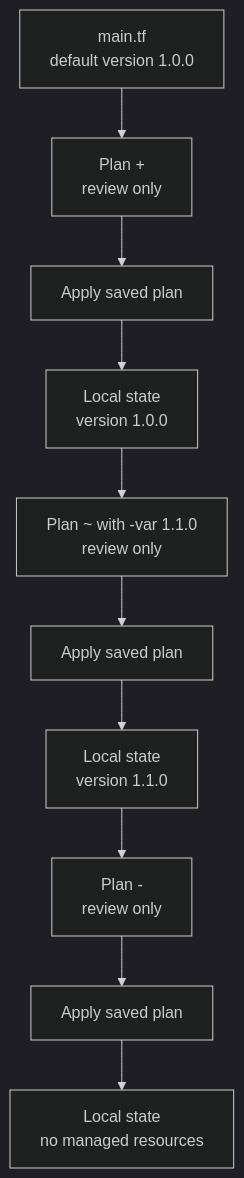
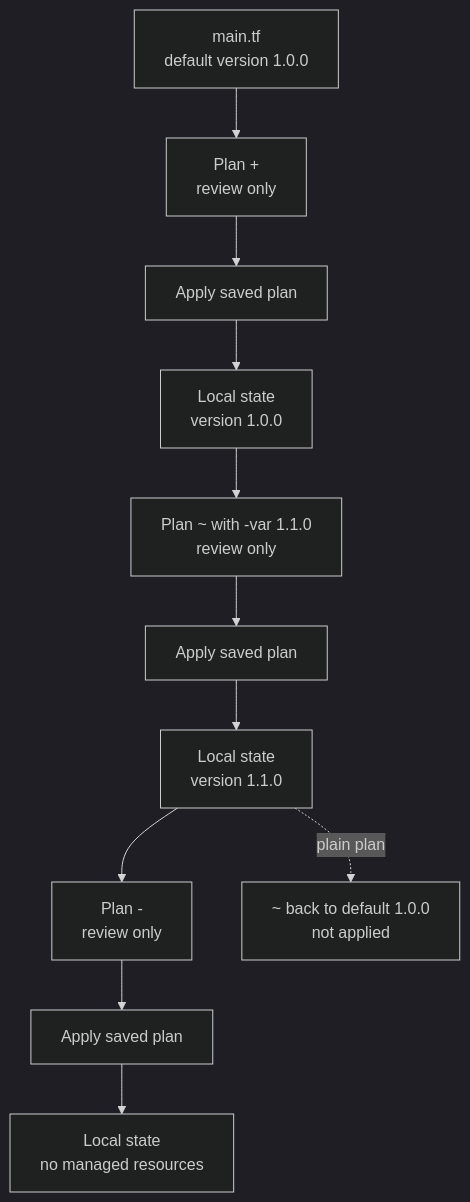
The diagram in knowledge/terraform/examples/local-state-lifecycle/local-state-lifecycle.md (David-A18/MY-humble-knowledge-for-everyone), drawn with Mermaid (dark theme) before and after one commit. The commit also changed other lines of this file and 5 other files, not shown here.

````diff
--- a/knowledge/terraform/examples/local-state-lifecycle/local-state-lifecycle.md
+++ b/knowledge/terraform/examples/local-state-lifecycle/local-state-lifecycle.md
@@ -68,12 +93,13 @@
 ```mermaid
 flowchart TB
   config["main.tf<br/>default version 1.0.0"] --> create["Plan +<br/>review only"]
   create --> applyCreate["Apply saved plan"]
   applyCreate --> stateOne["Local state<br/>version 1.0.0"]
   stateOne --> change["Plan ~ with -var 1.1.0<br/>review only"]
   change --> applyChange["Apply saved plan"]
   applyChange --> stateTwo["Local state<br/>version 1.1.0"]
   stateTwo --> destroy["Plan -<br/>review only"]
+  stateTwo -.->|plain plan| reverse["~ back to default 1.0.0<br/>not applied"]
   destroy --> applyDestroy["Apply saved plan"]
   applyDestroy --> empty["Local state<br/>no managed resources"]
 ```
````
